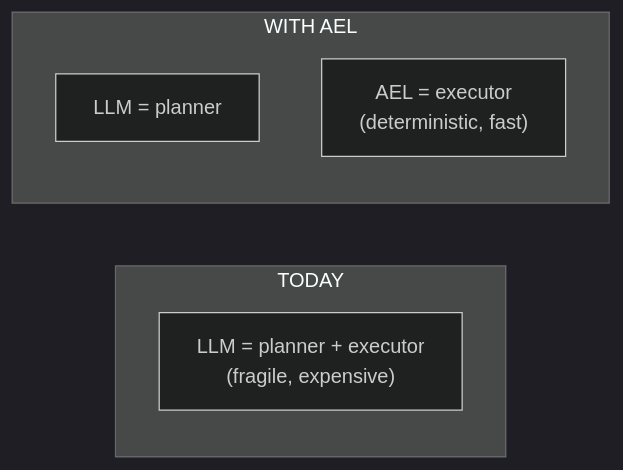
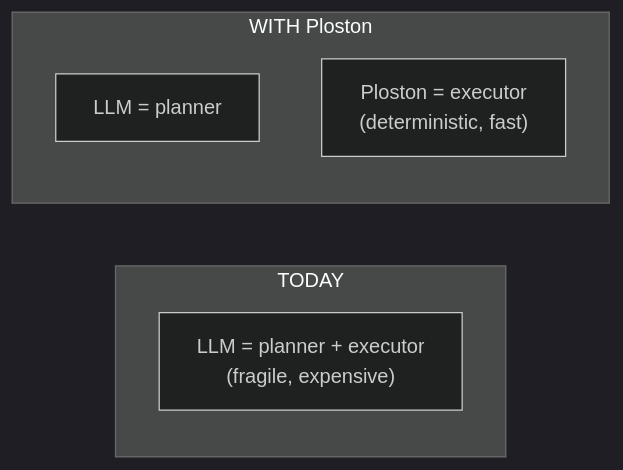
The first of 3 diagrams in docs/index.md (ostanlabs/ael_documentation), drawn with Mermaid (dark theme) before and after one commit. The commit also changed other lines of this file and 23 other files, not shown here.

First line of the commit message:
rebrand: AEL → Ploston

````diff
--- a/docs/index.md
+++ b/docs/index.md
@@ -29,10 +29,10 @@
 ```mermaid
 flowchart LR
     subgraph TODAY["TODAY"]
         A["LLM = planner + executor<br/>(fragile, expensive)"]
     end
-    subgraph WITHAEL["WITH AEL"]
+    subgraph WITHPLOSTON["WITH Ploston"]
         B["LLM = planner"]
-        C["AEL = executor<br/>(deterministic, fast)"]
+        C["Ploston = executor<br/>(deterministic, fast)"]
     end
 ```
````
